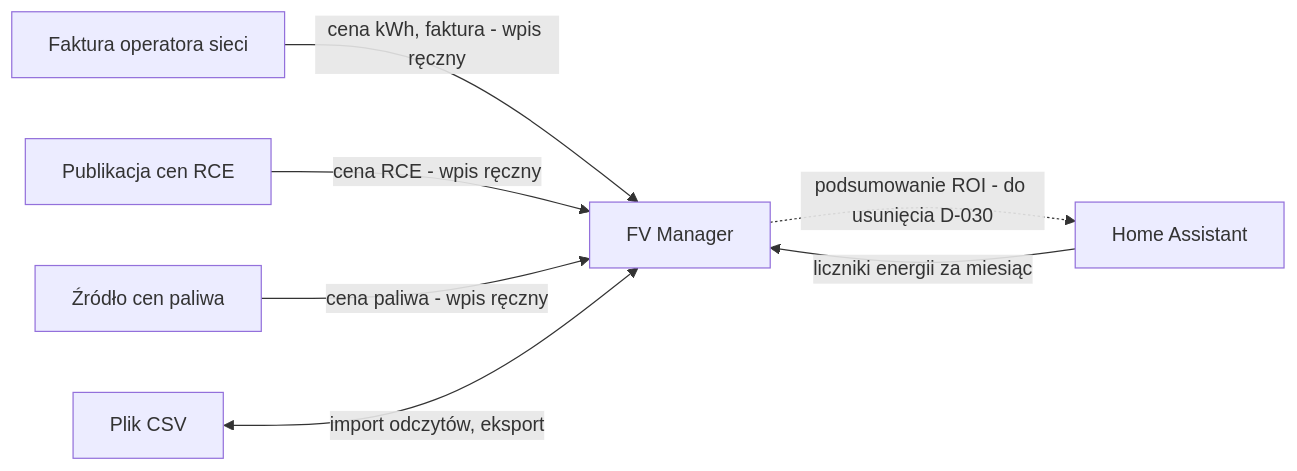
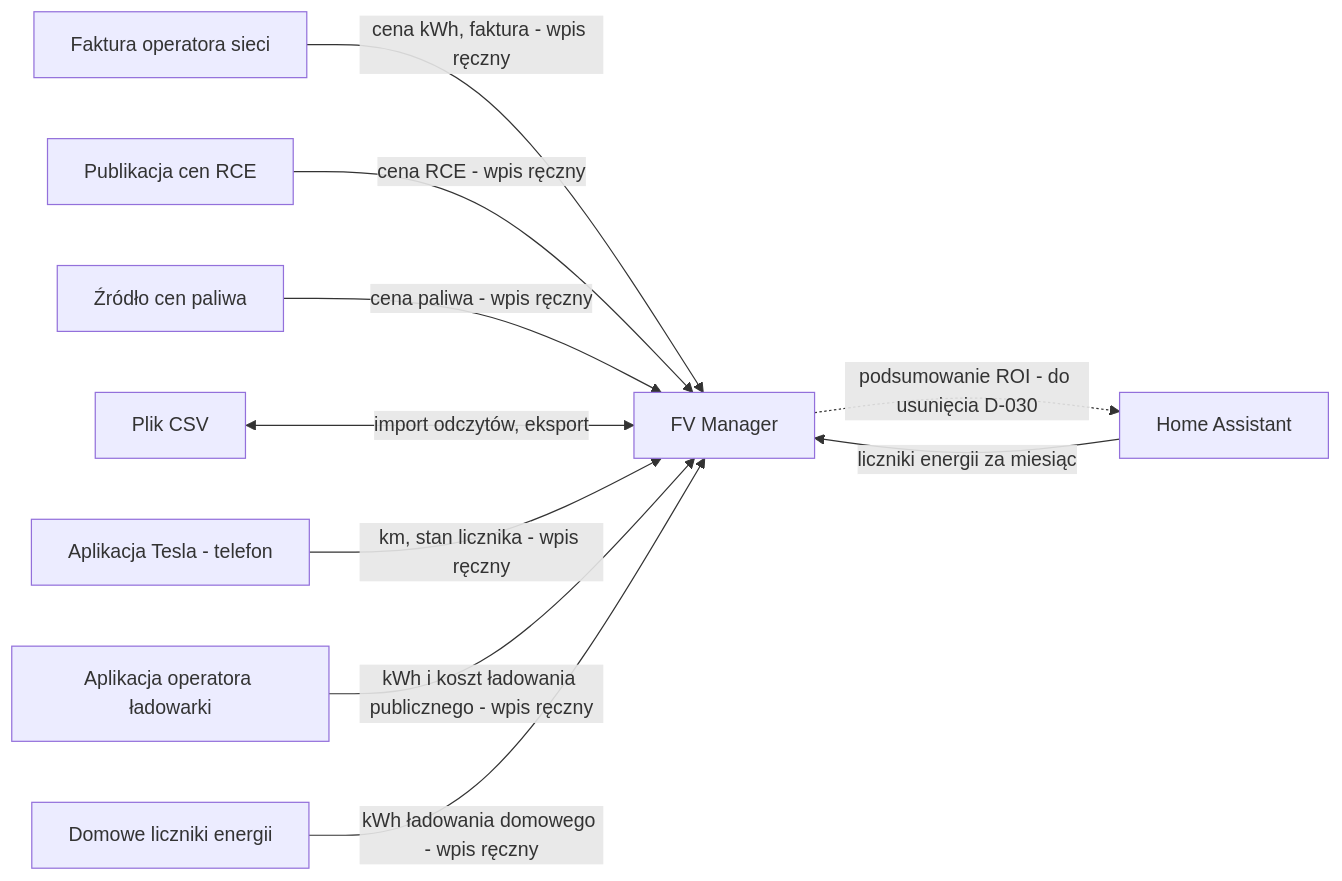
The diagram in requirements/02-domain/SYSTEMS.md (SyBeer/fv-manager), drawn with Mermaid before and after one commit. The commit also changed other lines of this file and 42 other files, not shown here.

````diff
--- a/requirements/02-domain/SYSTEMS.md
+++ b/requirements/02-domain/SYSTEMS.md
@@ -31,10 +34,13 @@
 ```mermaid
 flowchart LR
   S001[FV Manager]
   S002[Home Assistant] -- liczniki energii za miesiąc --> S001
   S001 -. podsumowanie ROI - do usunięcia D-030 .-> S002
   S003[Faktura operatora sieci] -- cena kWh, faktura - wpis ręczny --> S001
   S004[Publikacja cen RCE] -- cena RCE - wpis ręczny --> S001
   S005[Źródło cen paliwa] -- cena paliwa - wpis ręczny --> S001
   S006[Plik CSV] <-- import odczytów, eksport --> S001
+  S007[Aplikacja Tesla - telefon] -- km, stan licznika - wpis ręczny --> S001
+  S008[Aplikacja operatora ładowarki] -- kWh i koszt ładowania publicznego - wpis ręczny --> S001
+  S009[Domowe liczniki energii] -- kWh ładowania domowego - wpis ręczny --> S001
 ```
````
